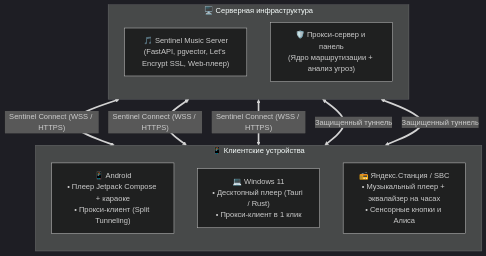
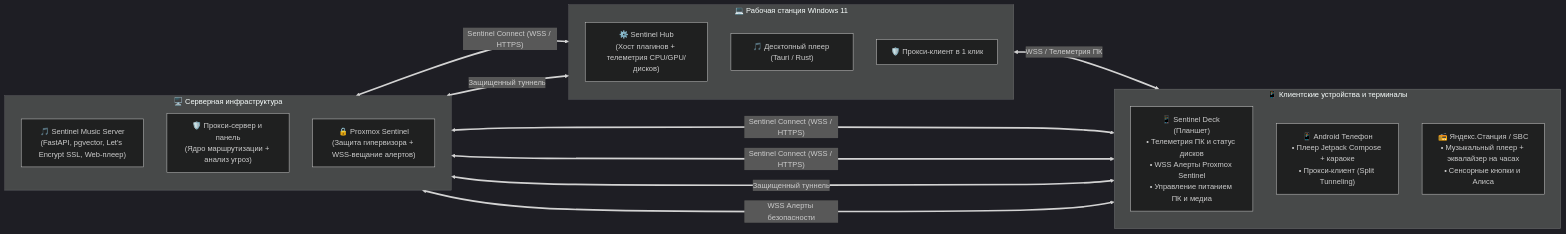
One commit to blackalex1/Sentinel-Ecosystem changed the diagram in README.md. Above: the diagram before and after it, drawn with Mermaid (dark theme). The commit also changed other lines of this file, not shown here.

Commit message:
docs: integrate Sentinel Deck and Sentinel Hub into ecosystem overview, architecture and components

````diff
--- a/README.md
+++ b/README.md
@@ -73,21 +84,31 @@
 ```mermaid
-flowchart TB
+flowchart LR
     subgraph Server[" 🖥️ Серверная инфраструктура "]
         direction TB
         MusicServer["🎵 Sentinel Music Server<br/>(FastAPI, pgvector, Let's Encrypt SSL, Web-плеер)"]
         ProxyServer["🛡️ Прокси-сервер и панель<br/>(Ядро маршрутизации + анализ угроз)"]
+        ProxmoxNode["🔒 Proxmox Sentinel<br/>(Защита гипервизора + WSS-вещание алертов)"]
     end
 
-    subgraph Devices[" 📱 Клиентские устройства "]
+    subgraph Desktop[" 💻 Рабочая станция Windows 11 "]
         direction TB
-        AndroidApp["📱 Android<br/>• Плеер Jetpack Compose + караоке<br/>• Прокси-клиент (Split Tunneling)"]
-        WindowsApp["💻 Windows 11<br/>• Десктопный плеер (Tauri / Rust)<br/>• Прокси-клиент в 1 клик"]
+        SentinelHub["⚙️ Sentinel Hub<br/>(Хост плагинов + телеметрия CPU/GPU/дисков)"]
+        WindowsMusic["🎵 Десктопный плеер (Tauri / Rust)"]
+        WindowsProxy["🛡️ Прокси-клиент в 1 клик"]
+    end
+
+    subgraph Devices[" 📱 Клиентские устройства и терминалы "]
+        direction TB
+        SentinelDeck["📱 Sentinel Deck (Планшет)<br/>• Телеметрия ПК и статус дисков<br/>• WSS Алерты Proxmox Sentinel<br/>• Управление питанием ПК и медиа"]
+        AndroidApp["📱 Android Телефон<br/>• Плеер Jetpack Compose + караоке<br/>• Прокси-клиент (Split Tunneling)"]
         StationApp["📻 Яндекс.Станция / SBC<br/>• Музыкальный плеер + эквалайзер на часах<br/>• Сенсорные кнопки и Алиса"]
     end
 
     MusicServer <== "Sentinel Connect (WSS / HTTPS)" ==> AndroidApp
-    MusicServer <== "Sentinel Connect (WSS / HTTPS)" ==> WindowsApp
+    MusicServer <== "Sentinel Connect (WSS / HTTPS)" ==> WindowsMusic
     MusicServer <== "Sentinel Connect (WSS / HTTPS)" ==> StationApp
     ProxyServer <== "Защищенный туннель" ==> AndroidApp
-    ProxyServer <== "Защищенный туннель" ==> WindowsApp
+    ProxyServer <== "Защищенный туннель" ==> WindowsProxy
+    SentinelHub <== "WSS / Телеметрия ПК" ==> SentinelDeck
+    ProxmoxNode <== "WSS Алерты безопасности" ==> SentinelDeck
 ```
````
